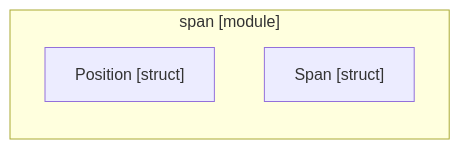
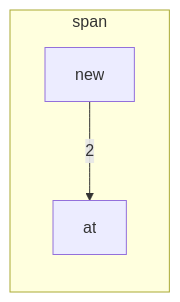
The third of 3 diagrams in docs/self-model/robby_ir/span/index.md (RyanGuild/self-describing-code), drawn with Mermaid before and after one commit. The commit also changed other lines of this file and 1404 other files, not shown here.

````diff
--- a/docs/self-model/robby_ir/span/index.md
+++ b/docs/self-model/robby_ir/span/index.md
@@ -12,8 +43,9 @@
 ```mermaid
-flowchart TD
-    subgraph n_9053aa1513b08ea5["span [module]"]
+flowchart TB
+    subgraph n_9053aa1513b08ea5["span"]
         direction TB
-        n_017e96cea53f4bfa["Position [struct]"]
-        n_3b258428fc315eb1["Span [struct]"]
+        n_f96a2aa959c836db["at"]
+        n_e5db91665baa2d8d["new"]
     end
+    n_e5db91665baa2d8d -->|"2"| n_f96a2aa959c836db
 ```
````
